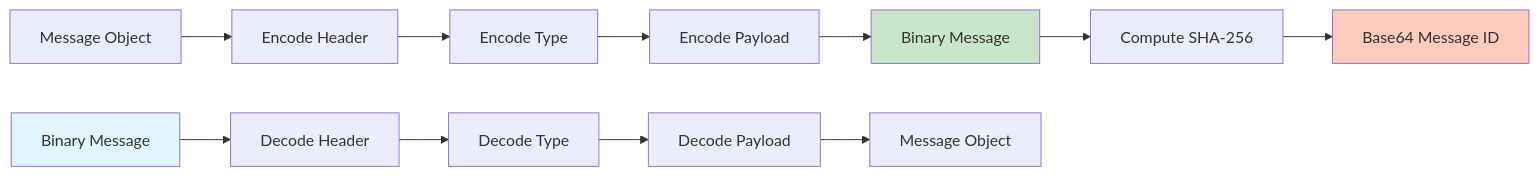
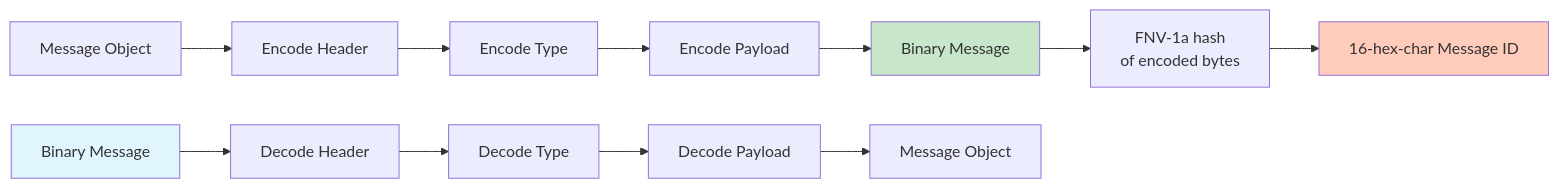
The eighth of 17 diagrams in docs/src/content/docs/advanced/protocol.mdx (nperez0111/teleportal), drawn with Mermaid before and after one commit. The commit also changed other lines of this file and 113 other files, not shown here.

````diff
--- a/docs/src/content/docs/advanced/protocol.mdx
+++ b/docs/src/content/docs/advanced/protocol.mdx
@@ -634,18 +441,18 @@
 ```mermaid
 graph LR
     A[Message Object] --> B[Encode Header]
     B --> C[Encode Type]
     C --> D[Encode Payload]
     D --> E[Binary Message]
-    E --> F[Compute SHA-256]
-    F --> G[Base64 Message ID]
+    E --> F[FNV-1a hash<br/>of encoded bytes]
+    F --> G[16-hex-char Message ID]
 
     H[Binary Message] --> I[Decode Header]
     I --> J[Decode Type]
     J --> K[Decode Payload]
     K --> L[Message Object]
 
     style E fill:#c8e6c9
     style G fill:#ffccbc
     style H fill:#e1f5ff
 ```
````
